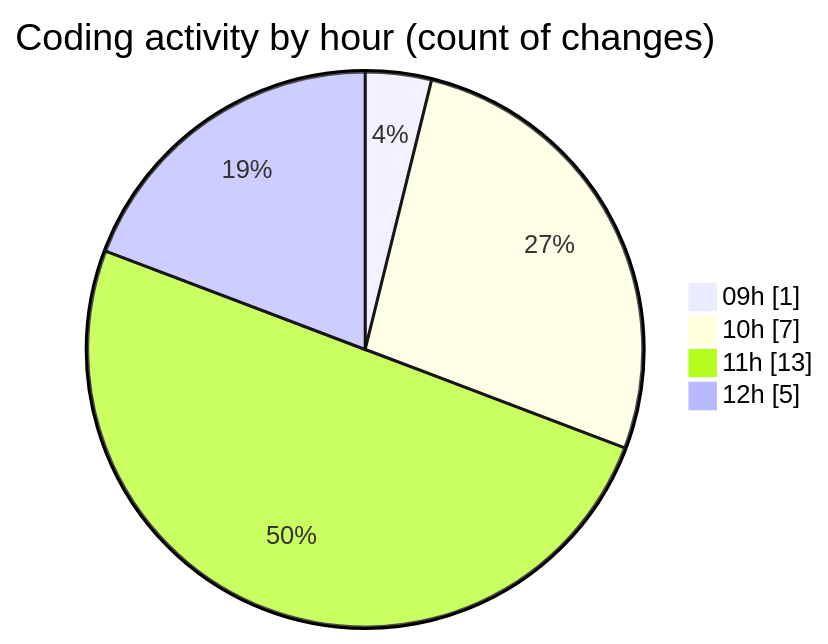
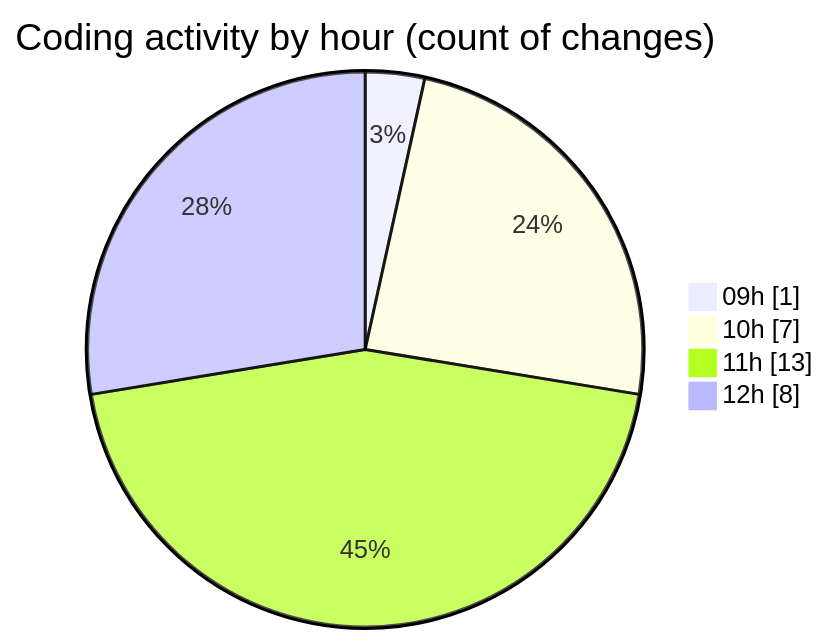
Before and after one commit to CELIANVF/code-tracking: the second of 2 diagrams in 2025-05-01/ecodeli/README.md, drawn with Mermaid. The commit also changed other lines of this file and 1 other file, not shown here.

````diff
--- a/2025-05-01/ecodeli/README.md
+++ b/2025-05-01/ecodeli/README.md
@@ -40,8 +40,8 @@
 ```mermaid
 pie showData
 title Coding activity by hour (count of changes)
 "09h" : 1
 "10h" : 7
 "11h" : 13
-"12h" : 5
+"12h" : 8
 ```
````
